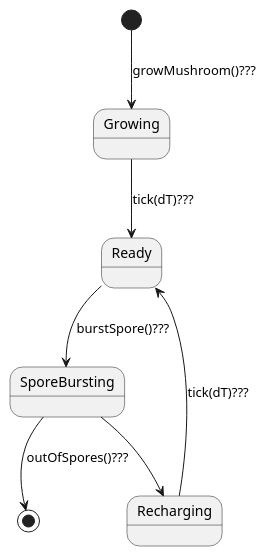
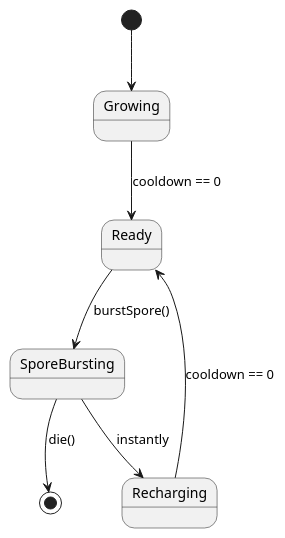
One commit to ZD4ve/projlab-error521 changed the diagram in Mushroom/states.pu. Above: the diagram before and after it, drawn with PlantUML. The commit also changed 5 other files, not shown here.

Commit message:
State diagrams updated

```diff
--- a/Mushroom/states.pu
+++ b/Mushroom/states.pu
@@ -1,11 +1,11 @@
 @startuml MushroomStates
 'skinparam linetype ortho
 
-[*] --> Growing : growMushroom()???
-Growing --> Ready : tick(dT)???
-Ready --> SporeBursting : burstSpore()???
-SporeBursting --> Recharging
-Recharging --> Ready : tick(dT)???
-SporeBursting --> [*] : outOfSpores()???
+[*] --> Growing
+Growing --> Ready : cooldown == 0
+Ready --> SporeBursting : burstSpore()
+SporeBursting --> Recharging : instantly
+Recharging --> Ready : cooldown == 0
+SporeBursting --> [*] : die()
 
 @enduml
```
